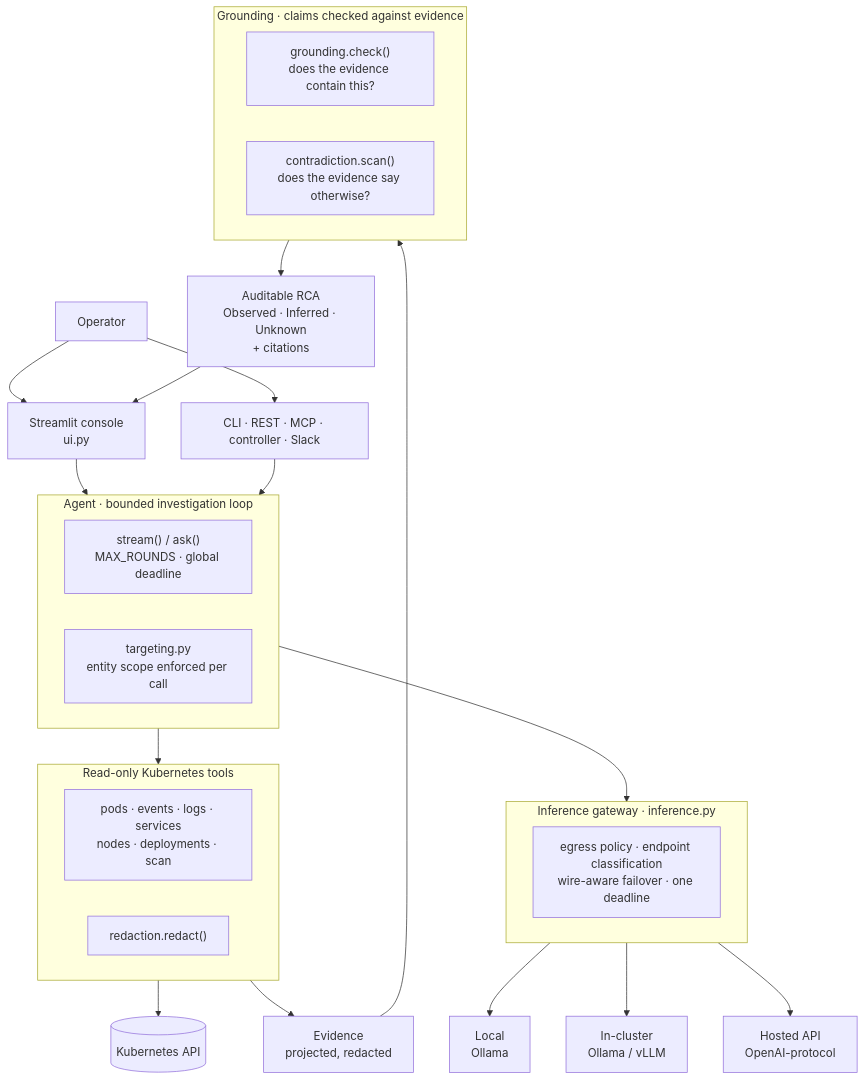
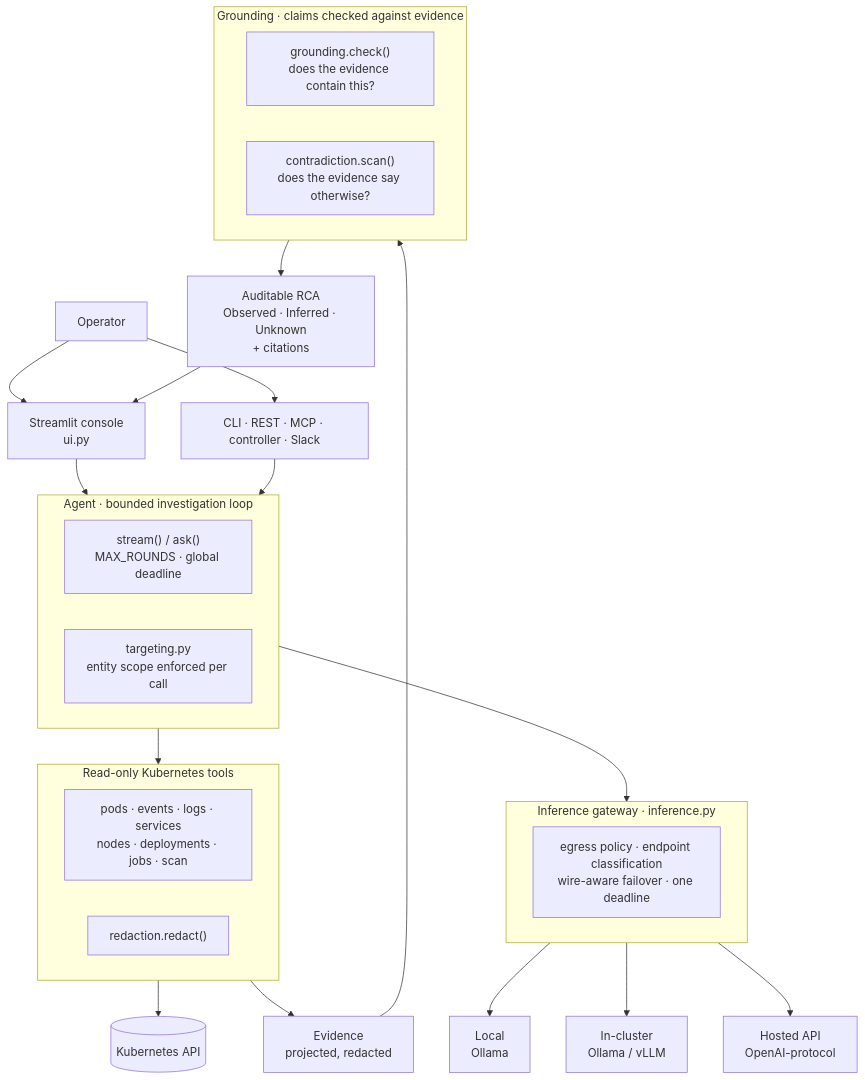
Before and after one commit to ravisinghrajput95/kubewhy: the diagram in README.md, drawn with Mermaid. The commit also changed other lines of this file and 4 other files, not shown here.

````diff
--- a/README.md
+++ b/README.md
@@ -67,43 +67,43 @@
 ```mermaid
 flowchart TB
     U["Operator"] --> UI["Streamlit console<br/>ui.py"]
     U --> CLI["CLI · REST · MCP · controller · Slack"]
 
     UI --> AG
     CLI --> AG
 
     subgraph AG ["Agent · bounded investigation loop"]
         LOOP["stream() / ask()<br/>MAX_ROUNDS · global deadline"]
         TGT["targeting.py<br/>entity scope enforced per call"]
     end
 
     AG --> TOOLS
 
     subgraph TOOLS ["Read-only Kubernetes tools"]
-        K8S["pods · events · logs · services<br/>nodes · deployments · scan"]
+        K8S["pods · events · logs · services<br/>nodes · deployments · jobs · scan"]
         RED["redaction.redact()"]
     end
 
     TOOLS --> CLUSTER[("Kubernetes API")]
     TOOLS --> EV["Evidence<br/>projected, redacted"]
 
     EV --> GR
 
     subgraph GR ["Grounding · claims checked against evidence"]
         CHK["grounding.check()<br/>does the evidence contain this?"]
         CON["contradiction.scan()<br/>does the evidence say otherwise?"]
     end
 
     GR --> RCA["Auditable RCA<br/>Observed · Inferred · Unknown<br/>+ citations"]
     RCA --> UI
 
     AG --> GW
 
     subgraph GW ["Inference gateway · inference.py"]
         POL["egress policy · endpoint classification<br/>wire-aware failover · one deadline"]
     end
 
     GW --> L["Local<br/>Ollama"]
     GW --> C["In-cluster<br/>Ollama / vLLM"]
     GW --> A["Hosted API<br/>OpenAI-protocol"]
 ```
````
